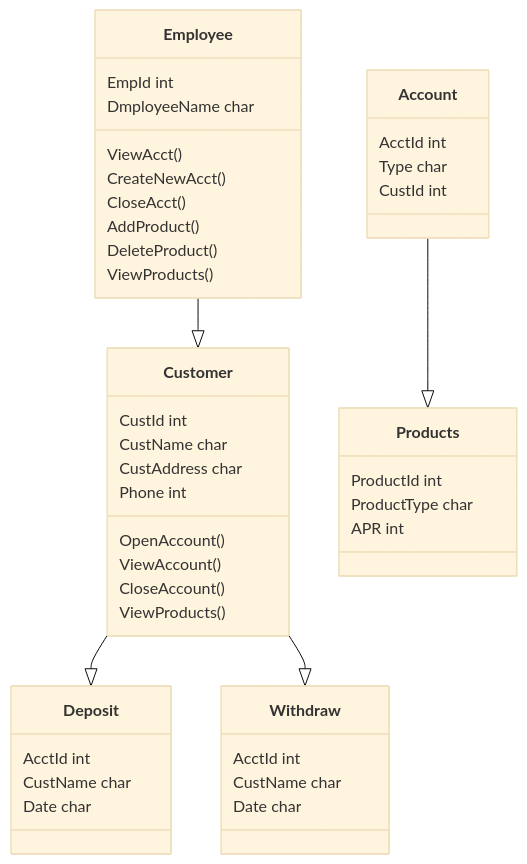
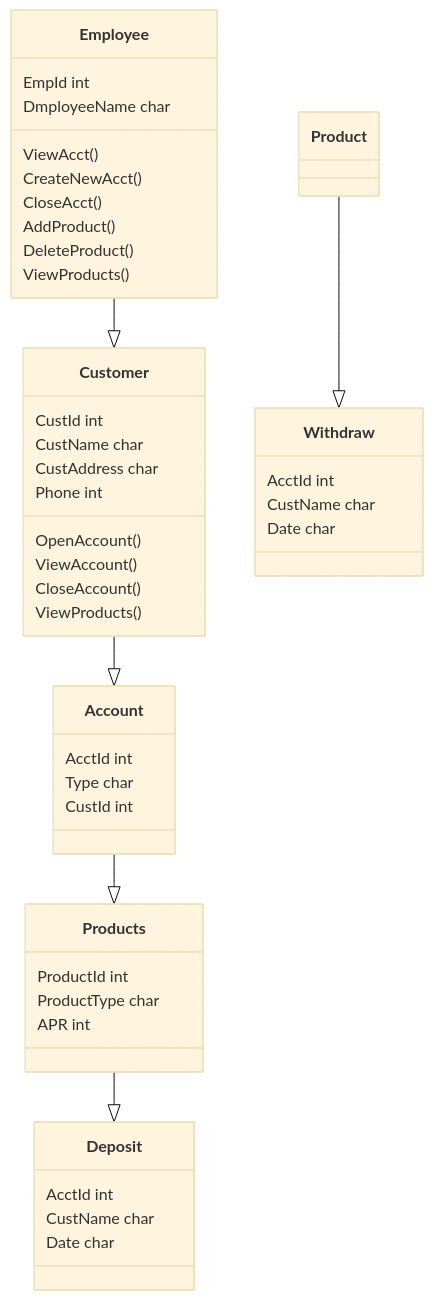
One commit to Marcus-Snell/Test changed the diagram in mermaid.md. Above: the diagram before and after it, drawn with Mermaid (base theme).

````diff
--- a/mermaid.md
+++ b/mermaid.md
@@ -1,43 +1,43 @@
 ```mermaid
 classDiagram
 Employee --|> Customer
 Employee : EmpId int
 Employee : DmployeeName char
 Employee : ViewAcct()
 Employee : CreateNewAcct()
 Employee : CloseAcct()
 Employee : AddProduct()
 Employee : DeleteProduct()
 Employee : ViewProducts()
 
-Customer --|> Deposit
-Customer --|> Withdraw
+Customer --|> Account
 Customer : CustId int
 Customer : CustName char
 Customer : CustAddress char
 Customer : Phone int
 Customer : OpenAccount()
 Customer : ViewAccount()
 Customer : CloseAccount()
 Customer : ViewProducts()
 
 Account --|> Products
 Account : AcctId int
 Account : Type char
 Account : CustId int
 
 Deposit
 Deposit : AcctId int
 Deposit : CustName char
 Deposit : Date char
 
 Withdraw
 Withdraw : AcctId int
 Withdraw : CustName char
 Withdraw : Date char
 
-Products
+Products --|> Deposit
+Product --|> Withdraw
 Products : ProductId int
 Products : ProductType char
 Products : APR int
 ```
````
